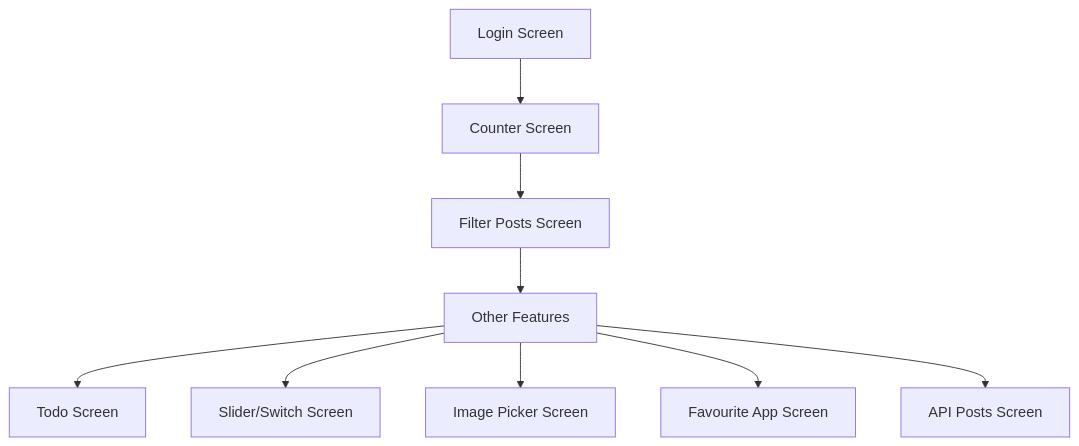
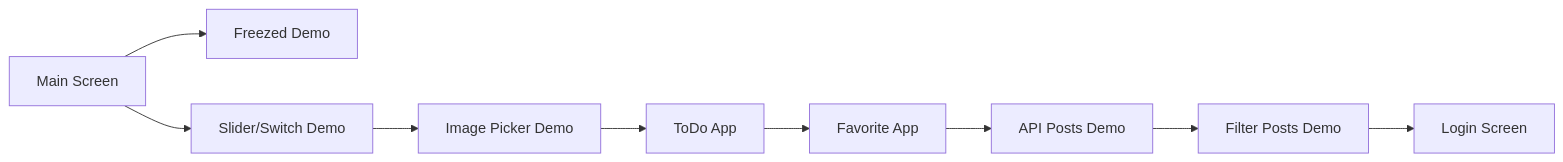
The second of 2 diagrams in README.md (mraj555/BlocLabs), drawn with Mermaid before and after one commit. The commit also changed other lines of this file and 12 other files, not shown here.

````diff
--- a/README.md
+++ b/README.md
@@ -294,11 +190,11 @@
 ```mermaid
-graph TD
-    A[Login Screen] --> B[Counter Screen]
-    B --> C[Filter Posts Screen]
-    C --> D[Other Features]
-    D --> E[Todo Screen]
-    D --> F[Slider/Switch Screen]
-    D --> G[Image Picker Screen]
-    D --> H[Favourite App Screen]
-    D --> I[API Posts Screen]
+graph LR
+    A[Main Screen] --> B[Freezed Demo]
+    A --> C[Slider/Switch Demo]
+    C --> D[Image Picker Demo]
+    D --> E[ToDo App]
+    E --> F[Favorite App]
+    F --> G[API Posts Demo]
+    G --> H[Filter Posts Demo]
+    H --> I[Login Screen]
 ```
````
